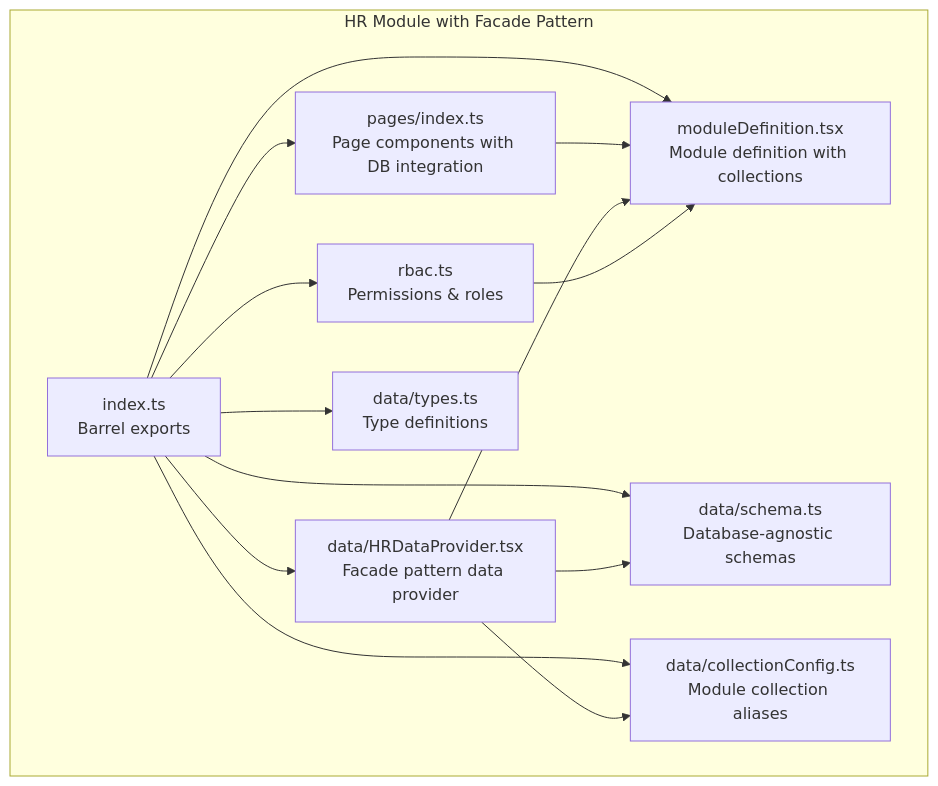
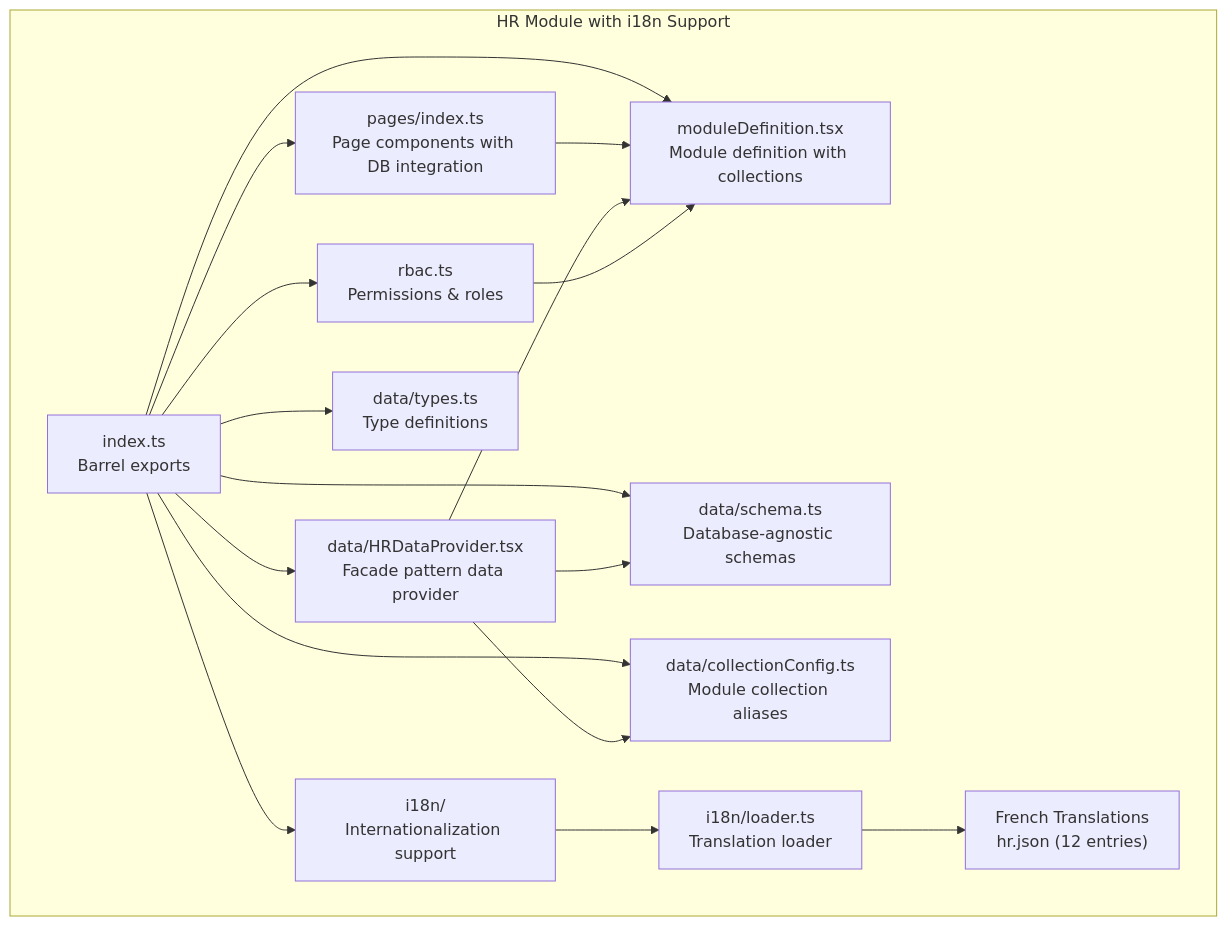
The first of 12 diagrams in .qoder/repowiki/en/content/Modules System/HR Module.md (geniusdynamics/schoolpilot), drawn with Mermaid before and after one commit. The commit also changed other lines of this file and 16 other files, not shown here.

````diff
--- a/.qoder/repowiki/en/content/Modules System/HR Module.md
+++ b/.qoder/repowiki/en/content/Modules System/HR Module.md
@@ -56,25 +60,31 @@
 ```mermaid
 graph TB
-subgraph "HR Module with Facade Pattern"
+subgraph "HR Module with i18n Support"
 IDX["index.ts<br/>Barrel exports"]
 MOD["moduleDefinition.tsx<br/>Module definition with collections"]
 RBAC["rbac.ts<br/>Permissions & roles"]
 SCHEMA["data/schema.ts<br/>Database-agnostic schemas"]
 CONFIG["data/collectionConfig.ts<br/>Module collection aliases"]
 DATA["data/HRDataProvider.tsx<br/>Facade pattern data provider"]
 PAGES["pages/index.ts<br/>Page components with DB integration"]
 TYPES["data/types.ts<br/>Type definitions"]
+I18N["i18n/<br/>Internationalization support"]
+LOADER["i18n/loader.ts<br/>Translation loader"]
+END["French Translations<br/>hr.json (12 entries)"]
 end
 IDX --> MOD
 IDX --> RBAC
 IDX --> SCHEMA
 IDX --> CONFIG
 IDX --> DATA
 IDX --> PAGES
 IDX --> TYPES
+IDX --> I18N
+I18N --> LOADER
+LOADER --> END
 PAGES --> MOD
 DATA --> MOD
 DATA --> SCHEMA
 DATA --> CONFIG
 RBAC --> MOD
 ```
````
